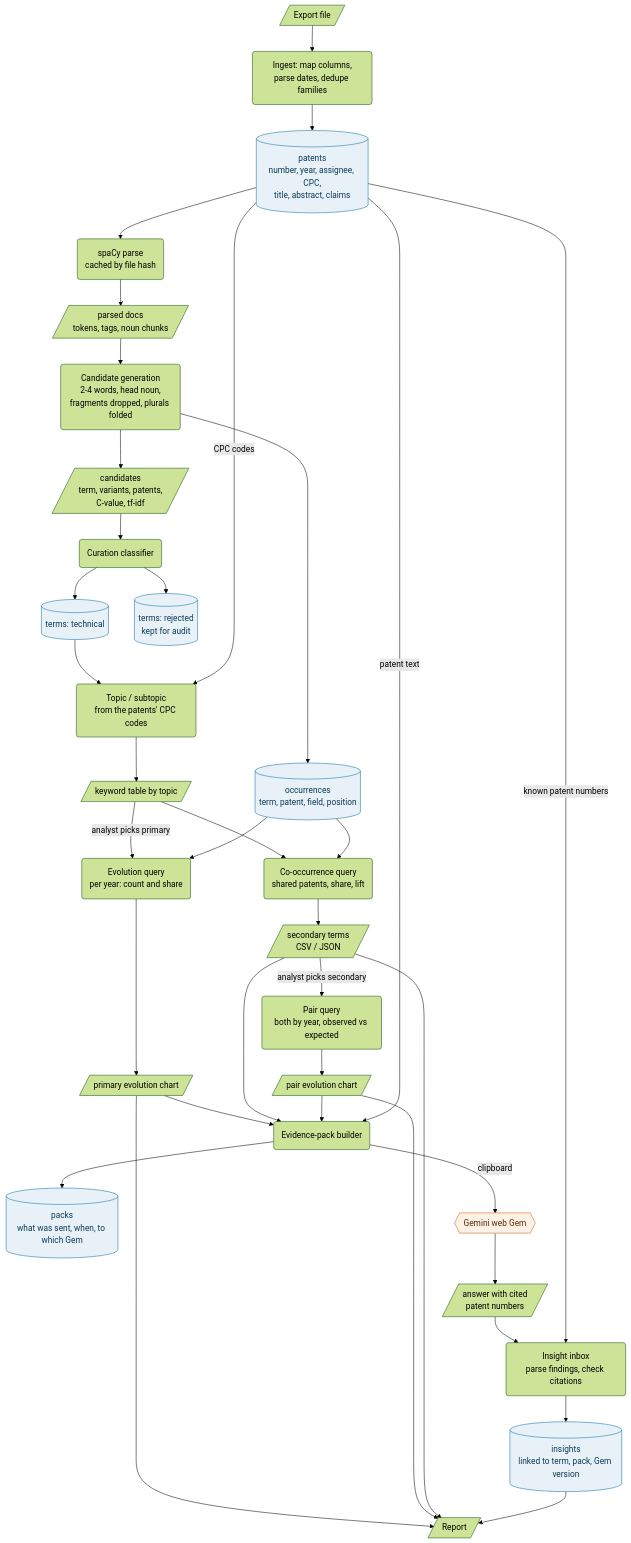
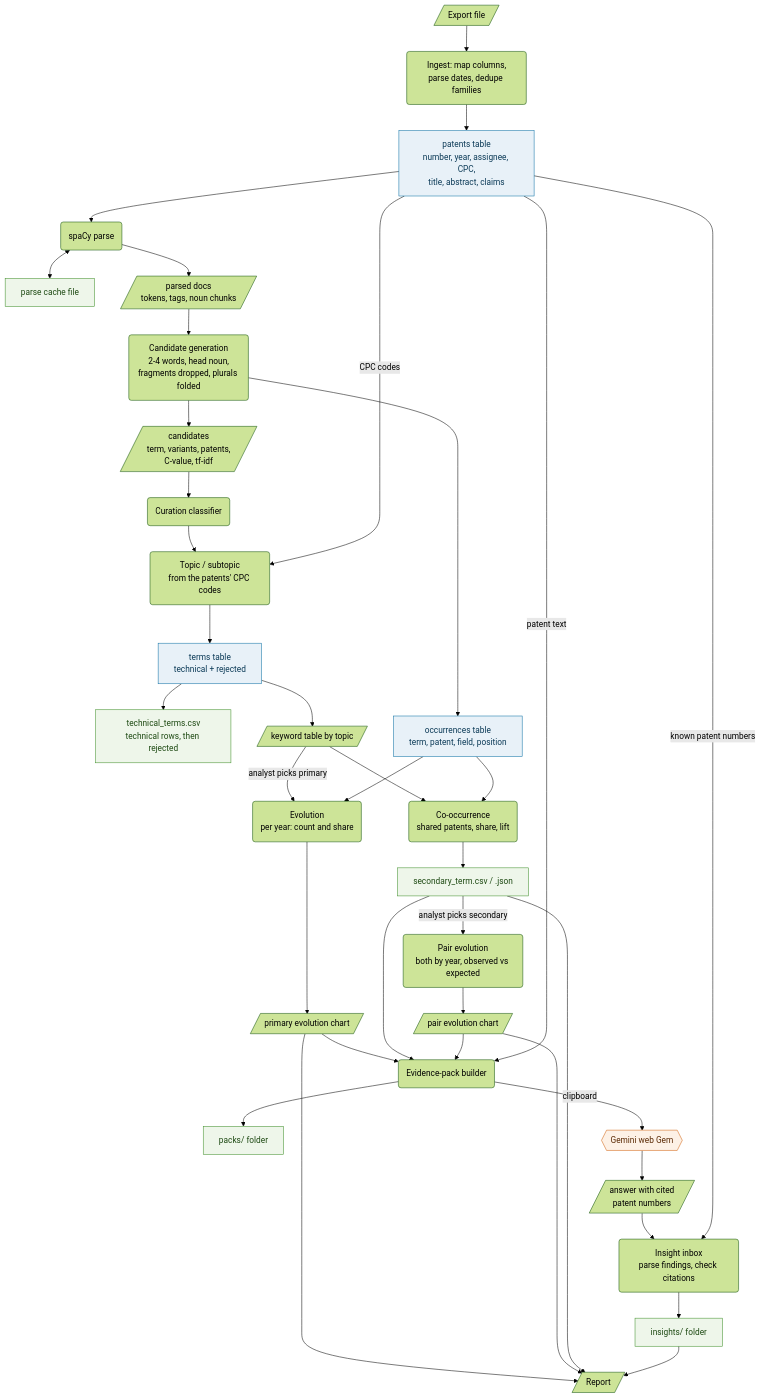
The second of 3 diagrams in ARCHITECTURE.md (szed0/random), drawn with Mermaid (forest theme) before and after one commit. The commit also changed other lines of this file, not shown here.

First line of the commit message:
Drop the database from the architecture

````diff
--- a/ARCHITECTURE.md
+++ b/ARCHITECTURE.md
@@ -65,66 +83,70 @@
 ```mermaid
 flowchart TB
     exportfile[/"Export file"/]
 
     ingest("Ingest: map columns,<br/>parse dates, dedupe families")
-    patents[("patents<br/>number, year, assignee, CPC,<br/>title, abstract, claims")]
-    parse("spaCy parse<br/>cached by file hash")
+    patents["patents table<br/>number, year, assignee, CPC,<br/>title, abstract, claims"]
+    parse("spaCy parse")
+    cache["parse cache file"]
     docs[/"parsed docs<br/>tokens, tags, noun chunks"/]
     generate("Candidate generation<br/>2-4 words, head noun,<br/>fragments dropped, plurals folded")
     candidates[/"candidates<br/>term, variants, patents,<br/>C-value, tf-idf"/]
     curate("Curation classifier")
-    technical[("terms: technical")]
-    rejected[("terms: rejected<br/>kept for audit")]
     topics("Topic / subtopic<br/>from the patents' CPC codes")
-    occurrences[("occurrences<br/>term, patent, field, position")]
+    terms["terms table<br/>technical + rejected"]
+    termsfile["technical_terms.csv<br/>technical rows, then rejected"]
+    occurrences["occurrences table<br/>term, patent, field, position"]
 
     keywords[/"keyword table by topic"/]
-    evolution("Evolution query<br/>per year: count and share")
-    cooc("Co-occurrence query<br/>shared patents, share, lift")
-    pair("Pair query<br/>both by year, observed vs expected")
+    evolution("Evolution<br/>per year: count and share")
+    cooc("Co-occurrence<br/>shared patents, share, lift")
+    pair("Pair evolution<br/>both by year, observed vs expected")
     chart1[/"primary evolution chart"/]
-    secondary[/"secondary terms<br/>CSV / JSON"/]
+    secfile["secondary_term.csv / .json"]
     chart2[/"pair evolution chart"/]
 
     pack("Evidence-pack builder")
-    packs[("packs<br/>what was sent, when, to which Gem")]
+    packsdir["packs/ folder"]
     gemini{{"Gemini web Gem"}}
     answer[/"answer with cited<br/>patent numbers"/]
     check("Insight inbox<br/>parse findings, check citations")
-    insights[("insights<br/>linked to term, pack, Gem version")]
+    insightsdir["insights/ folder"]
     report[/"Report"/]
 
     exportfile --> ingest --> patents
-    patents --> parse --> docs --> generate --> candidates --> curate
-    curate --> technical
-    curate --> rejected
-    technical --> topics
+    patents --> parse --> docs
+    parse <--> cache
+    docs --> generate --> candidates --> curate
+    curate --> topics
     patents -- "CPC codes" --> topics
-    topics --> keywords
+    topics --> terms --> termsfile
     generate --> occurrences
+    terms --> keywords
 
     keywords -- "analyst picks primary" --> evolution --> chart1
-    keywords --> cooc --> secondary
+    keywords --> cooc --> secfile
     occurrences --> evolution
     occurrences --> cooc
-    secondary -- "analyst picks secondary" --> pair --> chart2
+    secfile -- "analyst picks secondary" --> pair --> chart2
 
     chart1 --> pack
-    secondary --> pack
+    secfile --> pack
     chart2 --> pack
     patents -- "patent text" --> pack
-    pack --> packs
+    pack --> packsdir
     pack -- "clipboard" --> gemini --> answer --> check
     patents -- "known patent numbers" --> check
-    check --> insights
+    check --> insightsdir
 
     chart1 --> report
     chart2 --> report
-    secondary --> report
-    insights --> report
+    secfile --> report
+    insightsdir --> report
 
-    classDef store fill:#e8f1f8,stroke:#0b6fa4,color:#0b3a57
+    classDef mem fill:#e8f1f8,stroke:#0b6fa4,color:#0b3a57
+    classDef file fill:#eef6ea,stroke:#3f8f29,color:#1e4a13
     classDef gem fill:#fdf1e6,stroke:#d1600a,color:#5a2a05
-    class patents,technical,rejected,occurrences,packs,insights store
+    class patents,terms,occurrences mem
+    class cache,termsfile,secfile,packsdir,insightsdir file
     class gemini gem
 ```
````
